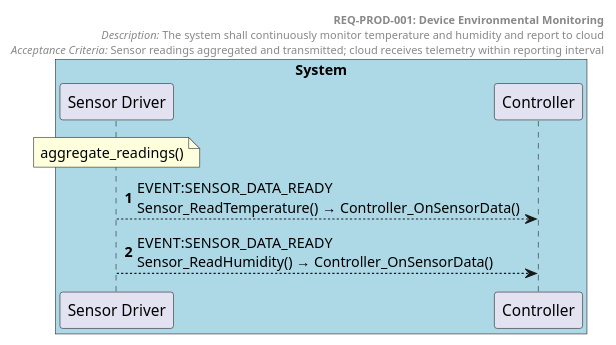
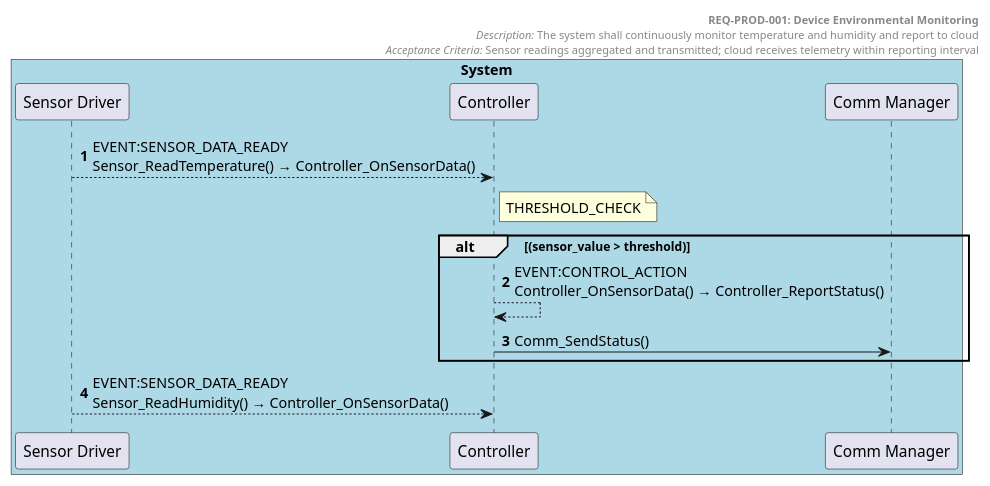
One commit to tvanfossen/doxygen-guard-example changed the diagram in docs/generated/sequences/REQ-PROD-001.puml. Above: the diagram before and after it, drawn with PlantUML. The commit also changed 18 other files, not shown here.

First line of the commit message:
Add provisioning example, regenerate all diagrams with AST pipeline

```diff
--- a/docs/generated/sequences/REQ-PROD-001.puml
+++ b/docs/generated/sequences/REQ-PROD-001.puml
@@ -1,20 +1,25 @@
 @startuml REQ-PROD-001 Device Environmental Monitoring
 autonumber
 
 box "System" #LightBlue
   participant "Sensor Driver" as Sensor_Driver
   participant "Controller" as Controller
+  participant "Comm Manager" as Comm_Manager
 end box
 
 header
   **REQ-PROD-001: Device Environmental Monitoring**
   //Description:// The system shall continuously monitor temperature and humidity and report to cloud
   //Acceptance Criteria:// Sensor readings aggregated and transmitted; cloud receives telemetry within reporting interval
 end header
 
-note over Sensor_Driver: aggregate_readings()
 
 Sensor_Driver --> Controller: EVENT:SENSOR_DATA_READY\nSensor_ReadTemperature() → Controller_OnSensorData()
+note right of Controller: THRESHOLD_CHECK
+alt (sensor_value > threshold)
+Controller --> Controller: EVENT:CONTROL_ACTION\nController_OnSensorData() → Controller_ReportStatus()
+Controller -> Comm_Manager: Comm_SendStatus()
+end alt
 Sensor_Driver --> Controller: EVENT:SENSOR_DATA_READY\nSensor_ReadHumidity() → Controller_OnSensorData()
 
 @enduml
```
